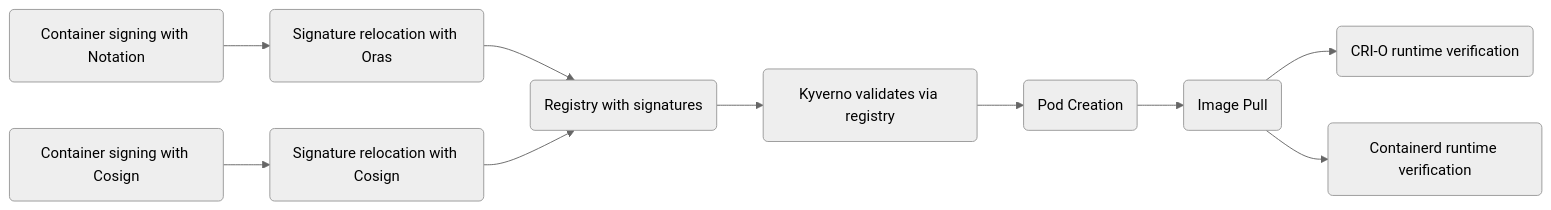
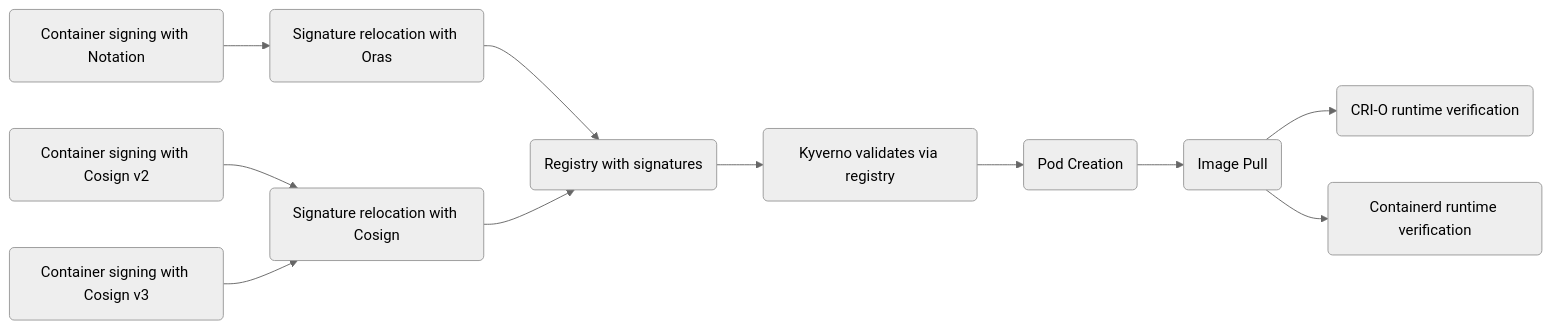
The second of 3 diagrams in README.md (tuminoid/container-signing-poc), drawn with Mermaid (neutral theme) before and after one commit. The commit also changed other lines of this file and 19 other files, not shown here.

````diff
--- a/README.md
+++ b/README.md
@@ -48,23 +52,25 @@
 ```mermaid
 flowchart LR
    notation(Container signing with Notation)
    oras(Signature relocation with Oras)
-   cosign_signing(Container signing with Cosign)
+   cosign_v2_signing(Container signing with Cosign v2)
+   cosign_v3_signing(Container signing with Cosign v3)
    cosign_relocation(Signature relocation with Cosign)
    registry(Registry with signatures)
    kyverno(Kyverno validates via registry)
    pod(Pod Creation)
    pull(Image Pull)
    crio(CRI-O runtime verification)
    containerd(Containerd runtime verification)
 
    notation-->oras
    oras-->registry
-   cosign_signing-->cosign_relocation
+   cosign_v2_signing-->cosign_relocation
+   cosign_v3_signing-->cosign_relocation
    cosign_relocation-->registry
    registry-->kyverno
    kyverno-->pod
    pod-->pull
    pull-->crio
    pull-->containerd
 ```
````
